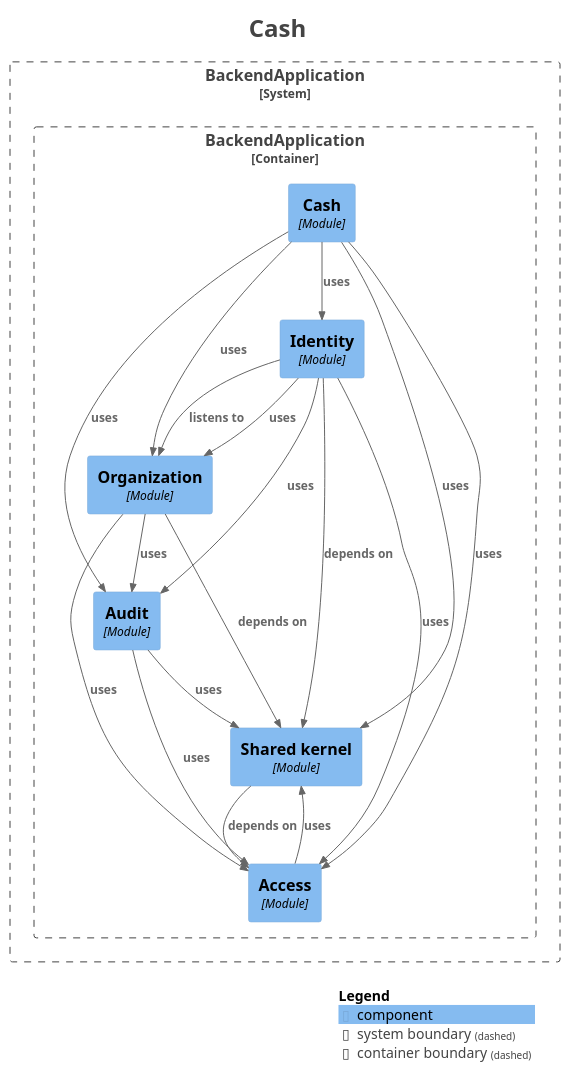
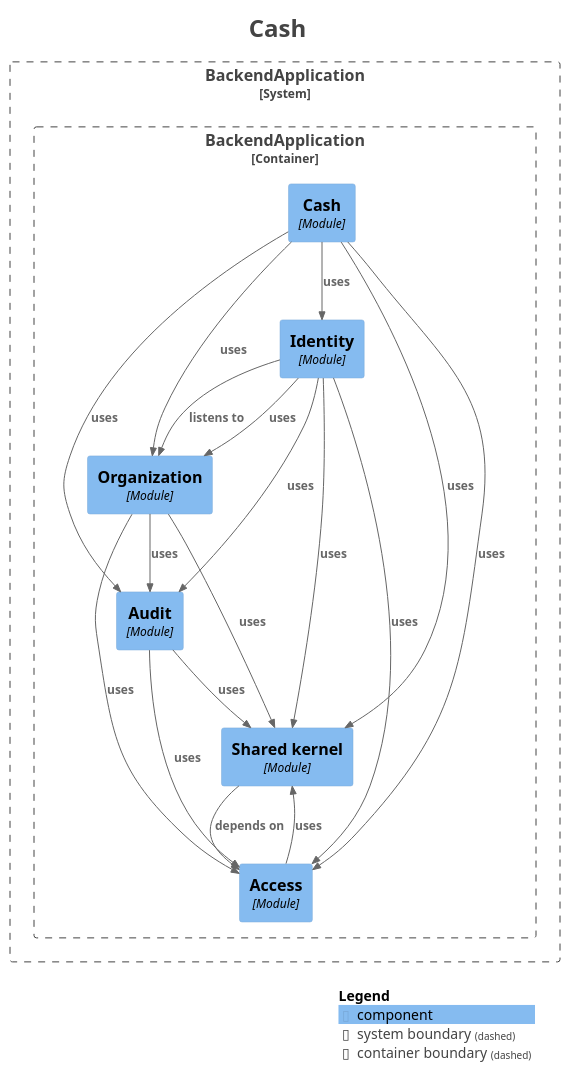
Before and after one commit to fxavier/restaurantePRO: the diagram in docs/architecture/modules/module-cash.puml, drawn with PlantUML. The commit also changed 34 other files, not shown here.

```diff
--- a/docs/architecture/modules/module-cash.puml
+++ b/docs/architecture/modules/module-cash.puml
@@ -1,50 +1,50 @@
 @startuml
 title <size:24>Cash</size>
 
 set separator none
 top to bottom direction
 
 <style>
   root {
     BackgroundColor: #ffffff
     FontColor: #444444
   }
 </style>
 
 !include <C4/C4>
 !include <C4/C4_Context>
 !include <C4/C4_Component>
 
 System_Boundary("BackendApplication_boundary", "BackendApplication", $tags="") {
   Container_Boundary("BackendApplication.BackendApplication_boundary", "BackendApplication", $tags="") {
     Component(BackendApplication.BackendApplication.Identity, "Identity", $techn="Module", $descr="", $tags="", $link="")
     Component(BackendApplication.BackendApplication.Organization, "Organization", $techn="Module", $descr="", $tags="", $link="")
     Component(BackendApplication.BackendApplication.Sharedkernel, "Shared kernel", $techn="Module", $descr="", $tags="", $link="")
     Component(BackendApplication.BackendApplication.Access, "Access", $techn="Module", $descr="", $tags="", $link="")
     Component(BackendApplication.BackendApplication.Audit, "Audit", $techn="Module", $descr="", $tags="", $link="")
     Component(BackendApplication.BackendApplication.Cash, "Cash", $techn="Module", $descr="", $tags="", $link="")
   }
 
 }
 
-Rel(BackendApplication.BackendApplication.Cash, BackendApplication.BackendApplication.Identity, "uses", $techn="", $tags="", $link="")
-Rel(BackendApplication.BackendApplication.Cash, BackendApplication.BackendApplication.Sharedkernel, "uses", $techn="", $tags="", $link="")
-Rel(BackendApplication.BackendApplication.Identity, BackendApplication.BackendApplication.Organization, "listens to", $techn="", $tags="", $link="")
-Rel(BackendApplication.BackendApplication.Identity, BackendApplication.BackendApplication.Sharedkernel, "depends on", $techn="", $tags="", $link="")
-Rel(BackendApplication.BackendApplication.Identity, BackendApplication.BackendApplication.Access, "uses", $techn="", $tags="", $link="")
-Rel(BackendApplication.BackendApplication.Identity, BackendApplication.BackendApplication.Audit, "uses", $techn="", $tags="", $link="")
-Rel(BackendApplication.BackendApplication.Identity, BackendApplication.BackendApplication.Organization, "uses", $techn="", $tags="", $link="")
-Rel(BackendApplication.BackendApplication.Sharedkernel, BackendApplication.BackendApplication.Access, "depends on", $techn="", $tags="", $link="")
-Rel(BackendApplication.BackendApplication.Organization, BackendApplication.BackendApplication.Sharedkernel, "depends on", $techn="", $tags="", $link="")
-Rel(BackendApplication.BackendApplication.Organization, BackendApplication.BackendApplication.Audit, "uses", $techn="", $tags="", $link="")
-Rel(BackendApplication.BackendApplication.Organization, BackendApplication.BackendApplication.Access, "uses", $techn="", $tags="", $link="")
-Rel(BackendApplication.BackendApplication.Access, BackendApplication.BackendApplication.Sharedkernel, "uses", $techn="", $tags="", $link="")
 Rel(BackendApplication.BackendApplication.Audit, BackendApplication.BackendApplication.Access, "uses", $techn="", $tags="", $link="")
 Rel(BackendApplication.BackendApplication.Audit, BackendApplication.BackendApplication.Sharedkernel, "uses", $techn="", $tags="", $link="")
+Rel(BackendApplication.BackendApplication.Identity, BackendApplication.BackendApplication.Organization, "listens to", $techn="", $tags="", $link="")
+Rel(BackendApplication.BackendApplication.Identity, BackendApplication.BackendApplication.Access, "uses", $techn="", $tags="", $link="")
+Rel(BackendApplication.BackendApplication.Identity, BackendApplication.BackendApplication.Organization, "uses", $techn="", $tags="", $link="")
+Rel(BackendApplication.BackendApplication.Identity, BackendApplication.BackendApplication.Audit, "uses", $techn="", $tags="", $link="")
+Rel(BackendApplication.BackendApplication.Identity, BackendApplication.BackendApplication.Sharedkernel, "uses", $techn="", $tags="", $link="")
 Rel(BackendApplication.BackendApplication.Cash, BackendApplication.BackendApplication.Access, "uses", $techn="", $tags="", $link="")
 Rel(BackendApplication.BackendApplication.Cash, BackendApplication.BackendApplication.Audit, "uses", $techn="", $tags="", $link="")
 Rel(BackendApplication.BackendApplication.Cash, BackendApplication.BackendApplication.Organization, "uses", $techn="", $tags="", $link="")
+Rel(BackendApplication.BackendApplication.Cash, BackendApplication.BackendApplication.Identity, "uses", $techn="", $tags="", $link="")
+Rel(BackendApplication.BackendApplication.Cash, BackendApplication.BackendApplication.Sharedkernel, "uses", $techn="", $tags="", $link="")
+Rel(BackendApplication.BackendApplication.Access, BackendApplication.BackendApplication.Sharedkernel, "uses", $techn="", $tags="", $link="")
+Rel(BackendApplication.BackendApplication.Sharedkernel, BackendApplication.BackendApplication.Access, "depends on", $techn="", $tags="", $link="")
+Rel(BackendApplication.BackendApplication.Organization, BackendApplication.BackendApplication.Sharedkernel, "uses", $techn="", $tags="", $link="")
+Rel(BackendApplication.BackendApplication.Organization, BackendApplication.BackendApplication.Audit, "uses", $techn="", $tags="", $link="")
+Rel(BackendApplication.BackendApplication.Organization, BackendApplication.BackendApplication.Access, "uses", $techn="", $tags="", $link="")
 
 SHOW_LEGEND(true)
 hide stereotypes
 @enduml
```
